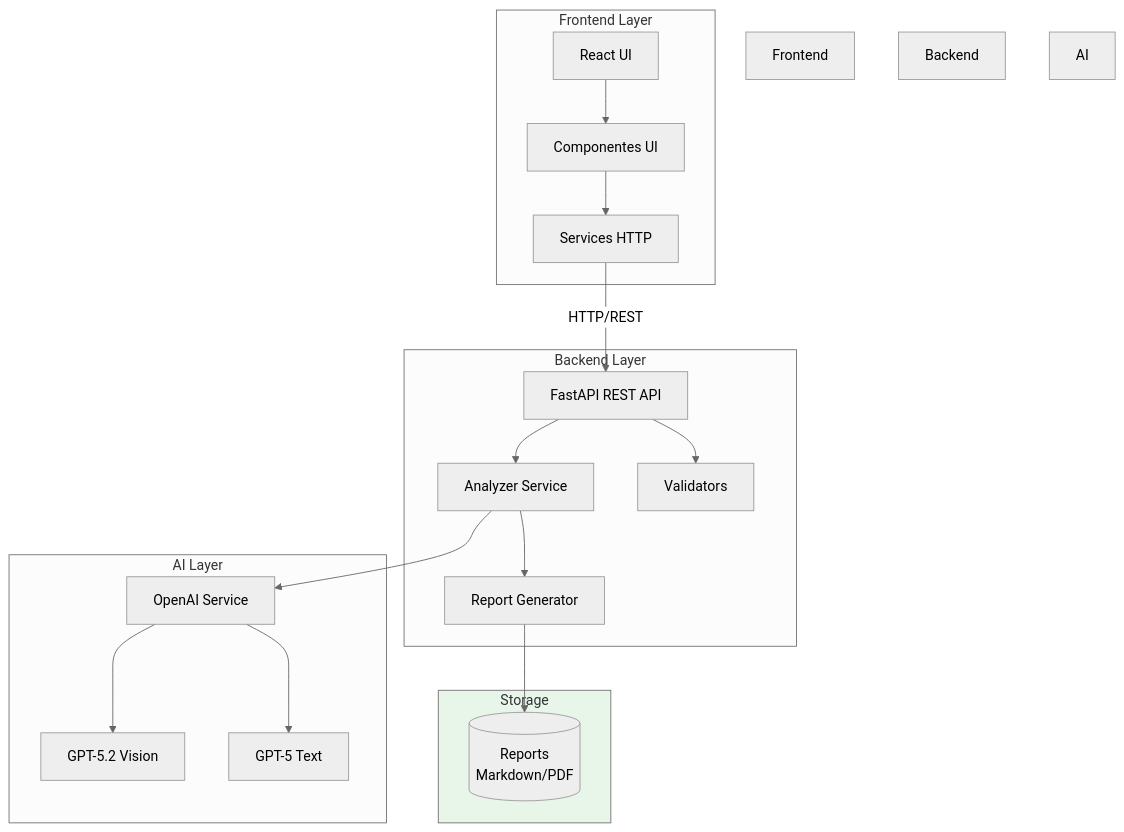
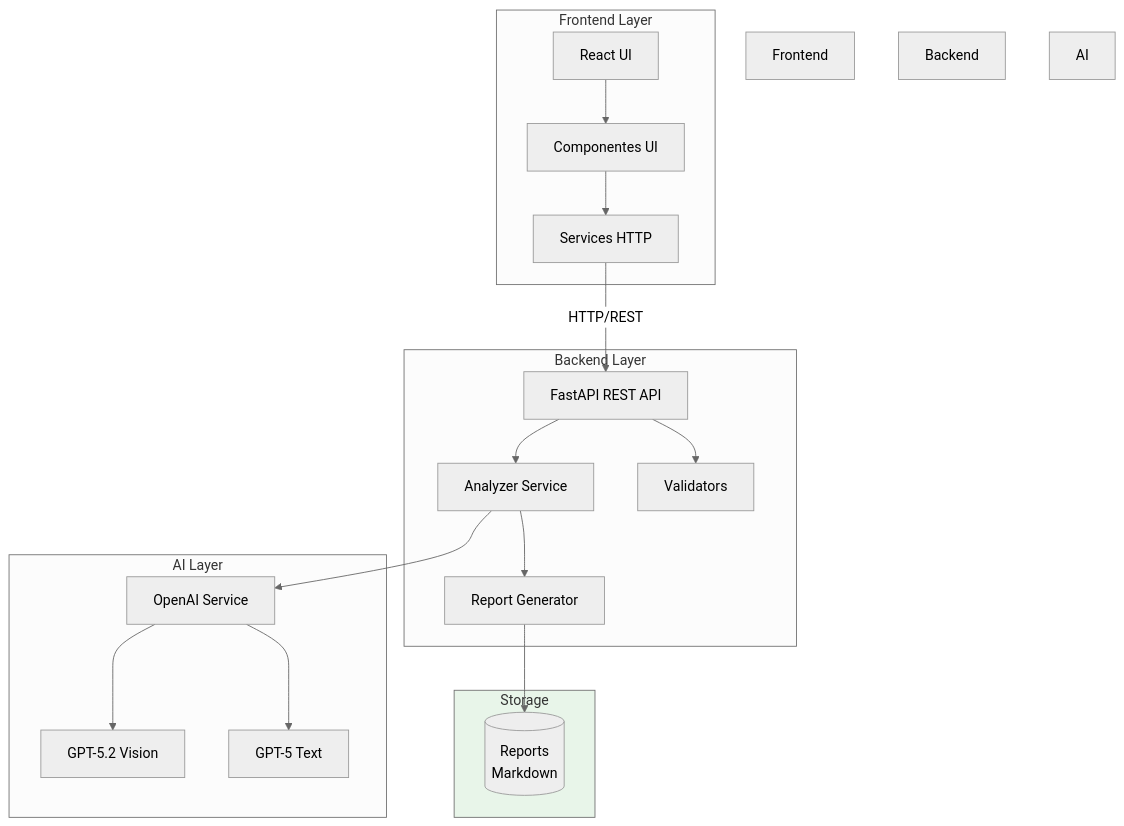
The first of 3 diagrams in README.md (bferraz/threatlens-analyzer), drawn with Mermaid (neutral theme) before and after one commit. The commit also changed other lines of this file, not shown here.

Commit message:
fix: update report generation to only support Markdown format

````diff
--- a/README.md
+++ b/README.md
@@ -18,44 +18,44 @@
 ```mermaid
 graph TB
     subgraph "Frontend Layer"
         UI[React UI]
         Components[Componentes UI]
         Services[Services HTTP]
     end
     
     subgraph "Backend Layer"
         API[FastAPI REST API]
         Analyzer[Analyzer Service]
         ReportGen[Report Generator]
         Validators[Validators]
     end
     
     subgraph "AI Layer"
         OpenAI[OpenAI Service]
         GPT52[GPT-5.2 Vision]
         GPT5[GPT-5 Text]
     end
     
     subgraph "Storage"
-        Reports[(Reports<br/>Markdown/PDF)]
+        Reports[(Reports<br/>Markdown)]
     end
     
     UI --> Components
     Components --> Services
     Services -->|HTTP/REST| API
     
     API --> Validators
     API --> Analyzer
     Analyzer --> OpenAI
     Analyzer --> ReportGen
     
     OpenAI --> GPT52
     OpenAI --> GPT5
     
     ReportGen --> Reports
     
     style Frontend Layer fill:#e3f2fd
     style Backend Layer fill:#fff3e0
     style AI Layer fill:#f3e5f5
     style Storage fill:#e8f5e9
 ```
````
